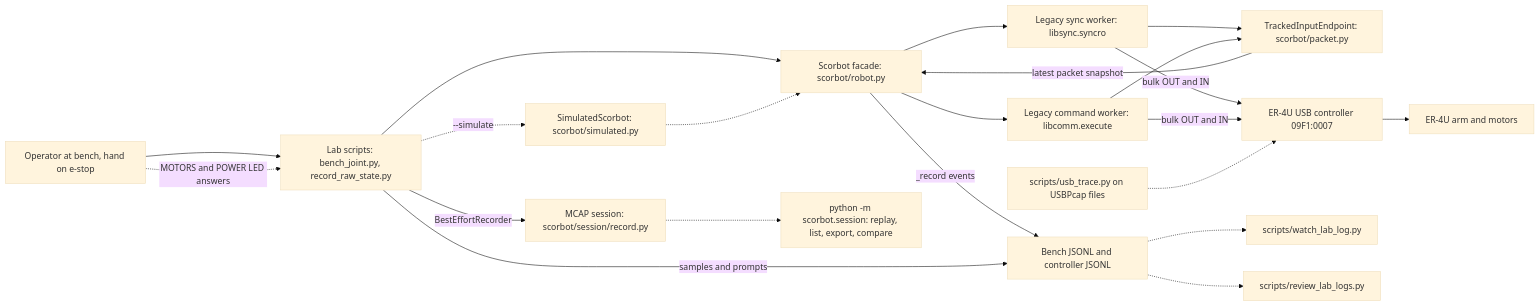
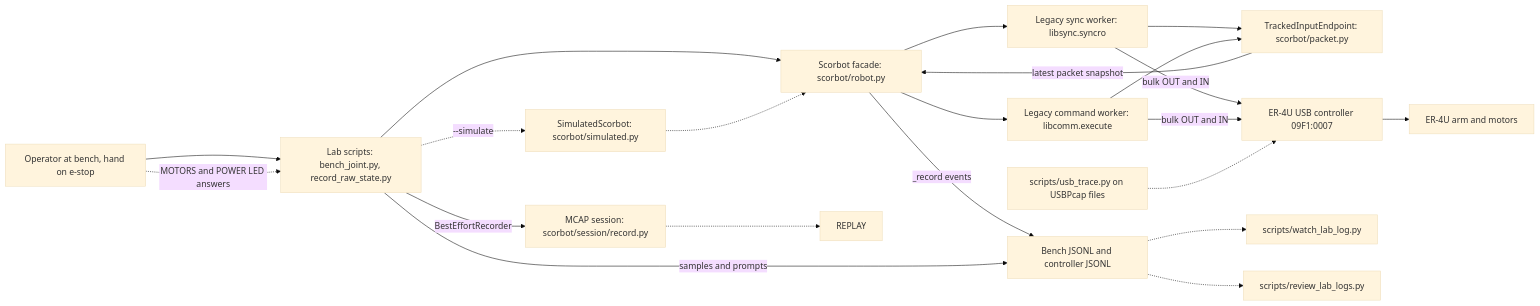
The first of 5 diagrams in docs/design/ARCHITECTURE.md (Sebastianr8243/scorbot-er4u-python), drawn with Mermaid (base theme) before and after one commit. The commit also changed other lines of this file and 29 other files, not shown here.

````diff
--- a/docs/design/ARCHITECTURE.md
+++ b/docs/design/ARCHITECTURE.md
@@ -21,39 +21,38 @@
 ```mermaid
 flowchart LR
     OP["Operator at bench, hand on e-stop"]
     LAB["Lab scripts: bench_joint.py, record_raw_state.py"]
     FAC["Scorbot facade: scorbot/robot.py"]
     SYNC["Legacy sync worker: libsync.syncro"]
     CMD["Legacy command worker: libcomm.execute"]
     TIE["TrackedInputEndpoint: scorbot/packet.py"]
     CTRL["ER-4U USB controller 09F1:0007"]
     ARM["ER-4U arm and motors"]
     JSONL["Bench JSONL and controller JSONL"]
     MCAP["MCAP session: scorbot/session/record.py"]
     WATCH["scripts/watch_lab_log.py"]
     REVIEW["scripts/review_lab_logs.py"]
-    REPLAY["python -m scorbot.session: replay, list, export, compare"]
     TRACE["scripts/usb_trace.py on USBPcap files"]
     SIM["SimulatedScorbot: scorbot/simulated.py"]
 
     OP --> LAB
     OP -. "MOTORS and POWER LED answers" .-> LAB
     LAB --> FAC
     FAC --> SYNC
     FAC --> CMD
     SYNC --> TIE
     CMD --> TIE
     SYNC -->|"bulk OUT and IN"| CTRL
     CMD -->|"bulk OUT and IN"| CTRL
     CTRL --> ARM
     TIE -->|"latest packet snapshot"| FAC
     FAC -->|"_record events"| JSONL
     LAB -->|"samples and prompts"| JSONL
     LAB -->|"BestEffortRecorder"| MCAP
     JSONL -.-> WATCH
     JSONL -.-> REVIEW
     MCAP -.-> REPLAY
     TRACE -.-> CTRL
     LAB -. "--simulate" .-> SIM
     SIM -.-> FAC
 ```
````
